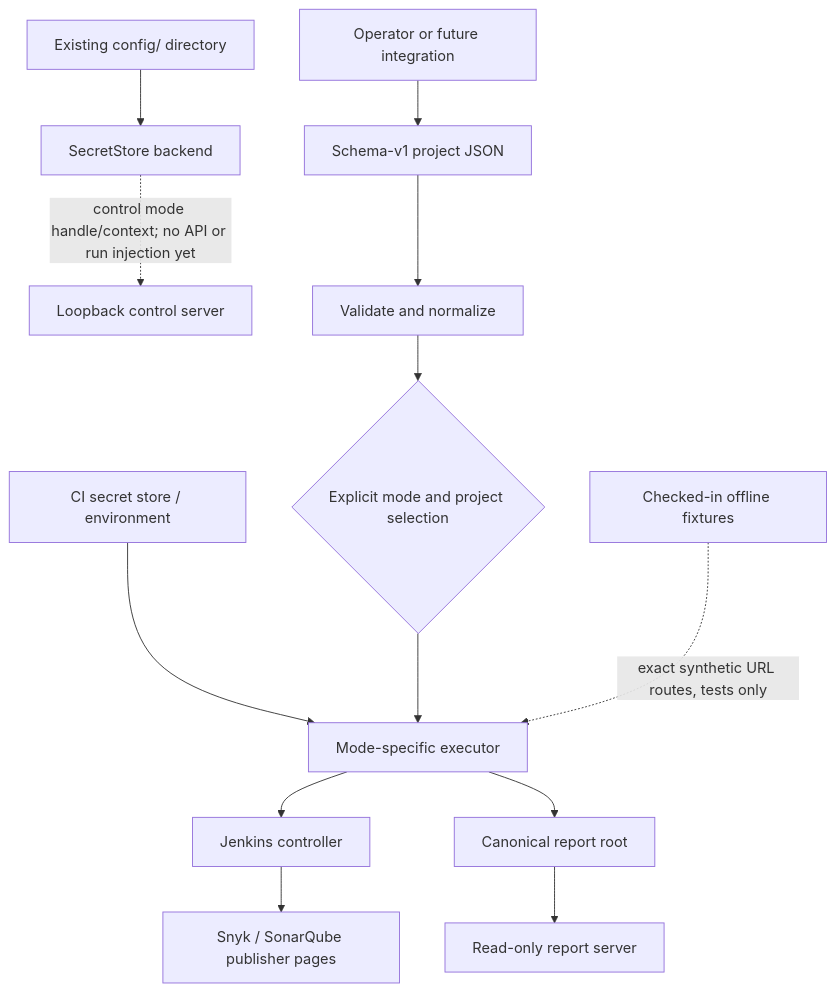
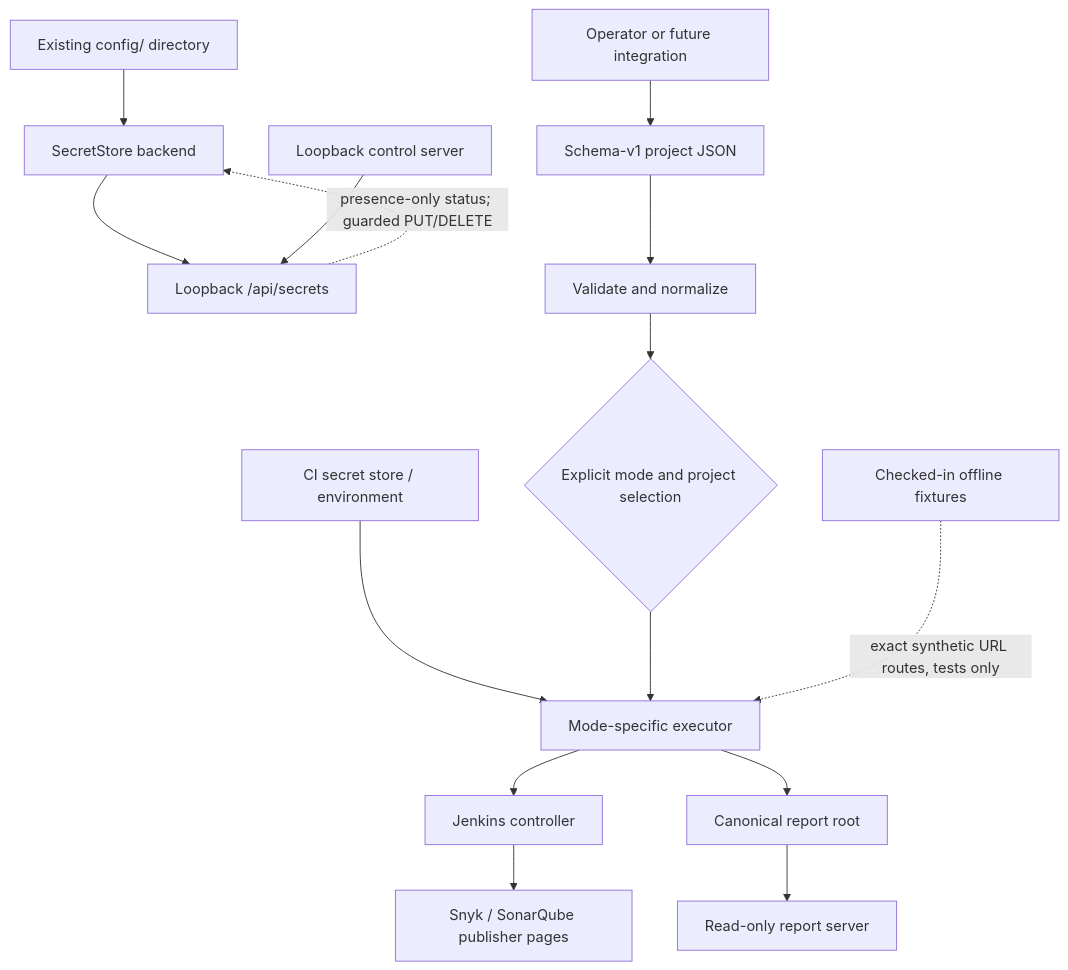
One commit to loidinhm31/auto-jobs changed the first of 3 diagrams in docs/system-architecture.md. Above: the diagram before and after it, drawn with Mermaid. The commit also changed other lines of this file and 17 other files, not shown here.

Commit message:
feat(serve-control): implement dynamic credentials API and security gates

````diff
--- a/docs/system-architecture.md
+++ b/docs/system-architecture.md
@@ -25,15 +28,17 @@
 ```mermaid
 flowchart TB
   Operator[Operator or future integration] --> ConfigFile[Schema-v1 project JSON]
   ConfigRoot[Existing config/ directory] --> SecretStore[SecretStore backend]
-  SecretStore -. control mode handle/context; no API or run injection yet .-> Control[Loopback control server]
+  SecretStore --> SecretsApi[Loopback /api/secrets]
+  Control[Loopback control server] --> SecretsApi
+  SecretsApi -. presence-only status; guarded PUT/DELETE .-> SecretStore
   Secrets[CI secret store / environment] --> Executor
   ConfigFile --> Loader[Validate and normalize]
   Loader --> Selector{Explicit mode and project selection}
   Selector --> Executor[Mode-specific executor]
   Executor --> Jenkins[Jenkins controller]
   Jenkins --> ReportSources[Snyk / SonarQube publisher pages]
   Executor --> ReportRoot[Canonical report root]
   ReportRoot --> ReadOnlyServer[Read-only report server]
   Templates[Checked-in offline fixtures] -. exact synthetic URL routes, tests only .-> Executor
 ```
````
